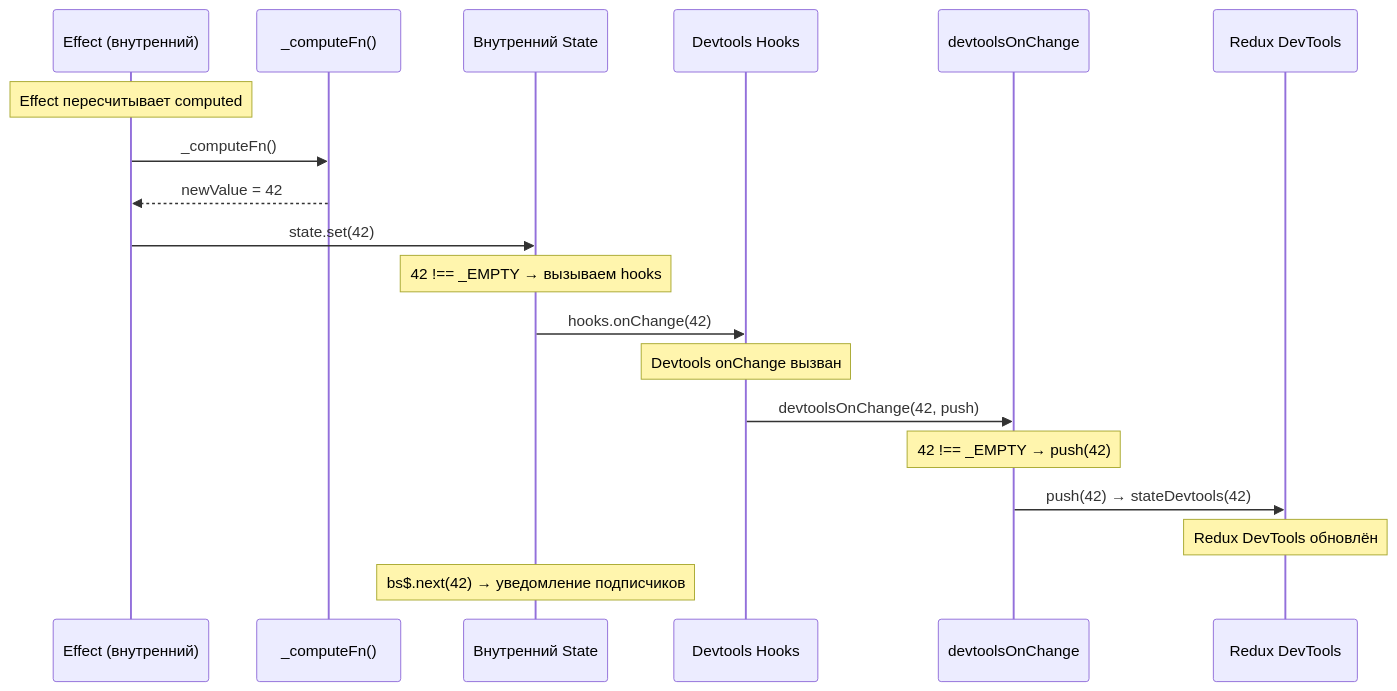
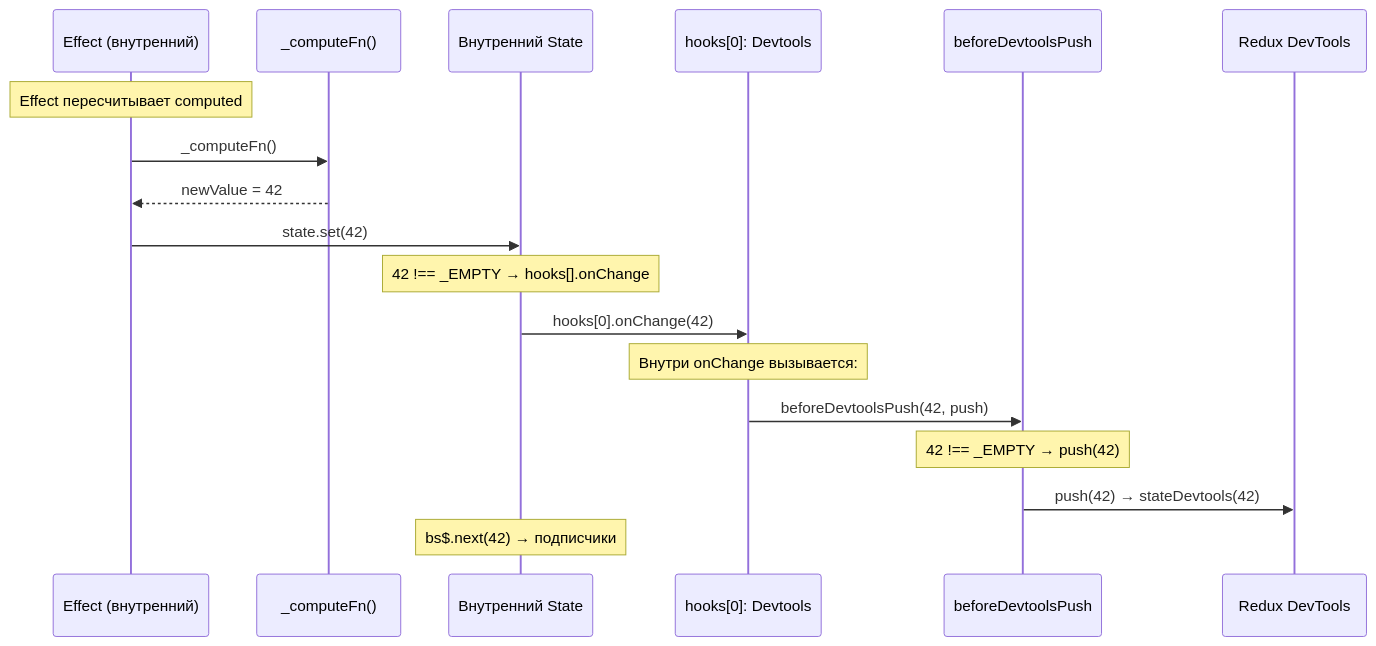
Before and after one commit to fozy-labs/rx-toolkit: the seventh of 11 diagrams in .thoughts/2026-03-11_signal-devtools-lifecycle/02-design/02-dataflow.md, drawn with Mermaid. The commit also changed other lines of this file and 9 other files, not shown here.

Commit message:
thoughts: add design for signal devtools lifecycle hooks

````diff
--- a/.thoughts/2026-03-11_signal-devtools-lifecycle/02-design/02-dataflow.md
+++ b/.thoughts/2026-03-11_signal-devtools-lifecycle/02-design/02-dataflow.md
@@ -254,32 +240,28 @@
 ```mermaid
 sequenceDiagram
-    participant Effect as Effect (внутренний)
-    participant ComputeFn as _computeFn()
-    participant InternalState as Внутренний State
-    participant Hooks as Devtools Hooks
-    participant DevtoolsOnChange as devtoolsOnChange
-    participant DT as Redux DevTools
+    participant Eff as Effect (внутренний)
+    participant CF as _computeFn()
+    participant IS as Внутренний State
+    participant H0 as hooks[0]: Devtools
+    participant BDP as beforeDevtoolsPush
+    participant RDT as Redux DevTools
 
-    Note over Effect: Effect пересчитывает computed
+    Note over Eff: Effect пересчитывает computed
 
-    Effect->>ComputeFn: _computeFn()
-    ComputeFn-->>Effect: newValue = 42
+    Eff->>CF: _computeFn()
+    CF-->>Eff: newValue = 42
 
-    Effect->>InternalState: state.set(42)
+    Eff->>IS: state.set(42)
 
-    Note over InternalState: 42 !== _EMPTY → вызываем hooks
+    Note over IS: 42 !== _EMPTY → hooks[].onChange
 
-    InternalState->>Hooks: hooks.onChange(42)
+    IS->>H0: hooks[0].onChange(42)
 
-    Note over Hooks: Devtools onChange вызван
+    Note over H0: Внутри onChange вызывается:
 
-    Hooks->>DevtoolsOnChange: devtoolsOnChange(42, push)
+    H0->>BDP: beforeDevtoolsPush(42, push)
+    Note over BDP: 42 !== _EMPTY → push(42)
+    BDP->>RDT: push(42) → stateDevtools(42)
 
-    Note over DevtoolsOnChange: 42 !== _EMPTY → push(42)
-
-    DevtoolsOnChange->>DT: push(42) → stateDevtools(42)
-
-    Note over DT: Redux DevTools обновлён
-
-    Note over InternalState: bs$.next(42) → уведомление подписчиков
+    Note over IS: bs$.next(42) → подписчики
 ```
````
